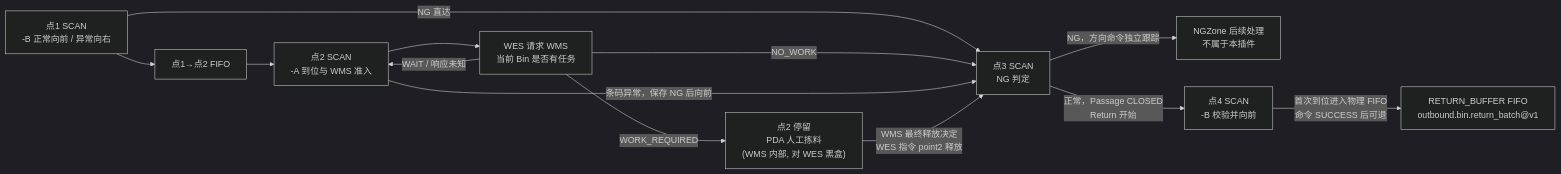
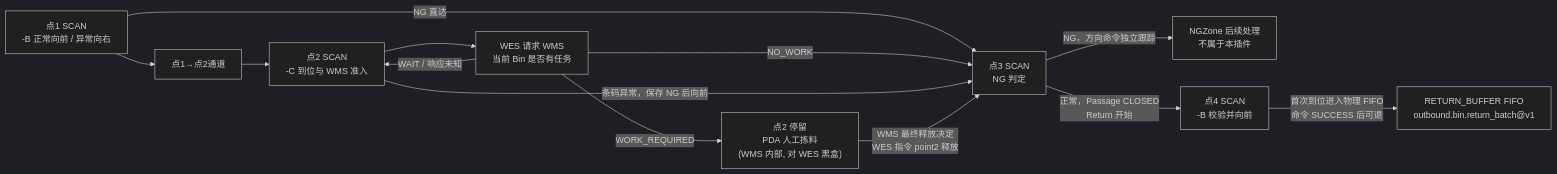
The second of 2 diagrams in docs/contracts/wms-manual-outbound-picking-integration-requirements.md (kaizhoumasha/wes_backend), drawn with Mermaid (dark theme) before and after one commit. The commit also changed other lines of this file and 54 other files, not shown here.

````diff
--- a/docs/contracts/wms-manual-outbound-picking-integration-requirements.md
+++ b/docs/contracts/wms-manual-outbound-picking-integration-requirements.md
@@ -190,15 +190,15 @@
 ```mermaid
 flowchart LR
-    P1["点1 SCAN<br/>-B 正常向前 / 异常向右"] --> BUF["点1→点2 FIFO"]
+    P1["点1 SCAN<br/>-B 正常向前 / 异常向右"] --> BUF["点1→点2通道"]
     P1 -->|NG 直达| P3["点3 SCAN<br/>-B 正常向前 / 未授权向左"]
-    BUF --> P2SCAN["点2 SCAN<br/>-A 到位与 WMS 准入"]
+    BUF --> P2SCAN["点2 SCAN<br/>-C 到位与 WMS 准入"]
     P2SCAN --> ASK["WES 请求 WMS<br/>当前 Bin 是否有任务"]
     ASK -->|WORK_REQUIRED| P2["点2 停留<br/>PDA 人工拣料<br/>(WMS 内部, 对 WES 黑盒)"]
     ASK -->|NO_WORK| P3
     ASK -->|WAIT / 响应未知| P2SCAN
     P2SCAN -->|条码异常，保存 NG 后向前| P3
     P2 -->|WMS 最终释放决定<br/>WES 指令 point2 释放| P3["点3 SCAN<br/>NG 判定"]
     P3 -->|NG，方向命令独立跟踪| EXIT["NGZone 后续处理<br/>不属于本插件"]
     P3 -->|正常，Passage CLOSED<br/>Return 开始| P4["点4 SCAN<br/>-B 校验并向前"]
     P4 -->|首次到位进入物理 FIFO<br/>命令 SUCCESS 后可退| RB["RETURN_BUFFER FIFO<br/>outbound.bin.return_batch@v1"]
 ```
````
